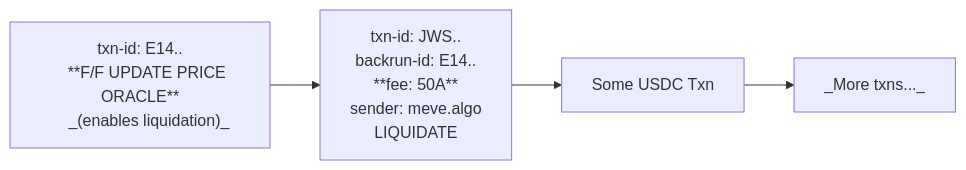
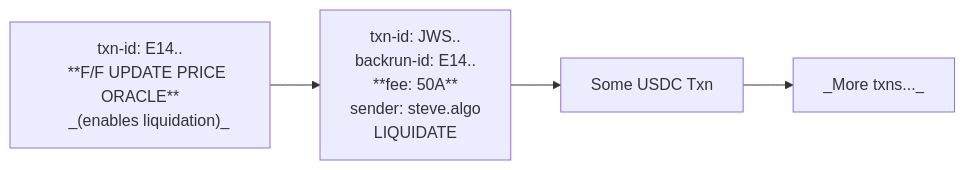
One commit to d13co/d13.co changed the third of 3 diagrams in content/posts/backrun-auction/index.md. Above: the diagram before and after it, drawn with Mermaid. The commit also changed other lines of this file, not shown here.

```diff
--- a/content/posts/backrun-auction/index.md
+++ b/content/posts/backrun-auction/index.md
@@ -79,13 +79,13 @@
 {{< mermaid >}}
 flowchart LR
     A["txn-id: E14..
     **F/F UPDATE PRICE ORACLE**
     _(enables liquidation)_"] -->
     B["txn-id: JWS..
     backrun-id: E14..
     **fee: 50A**
-    sender: meve.algo
+    sender: steve.algo
     LIQUIDATE"] -->
     O["Some USDC Txn"] -->
     M["_More txns..._"]
 {{< /mermaid >}}
```
